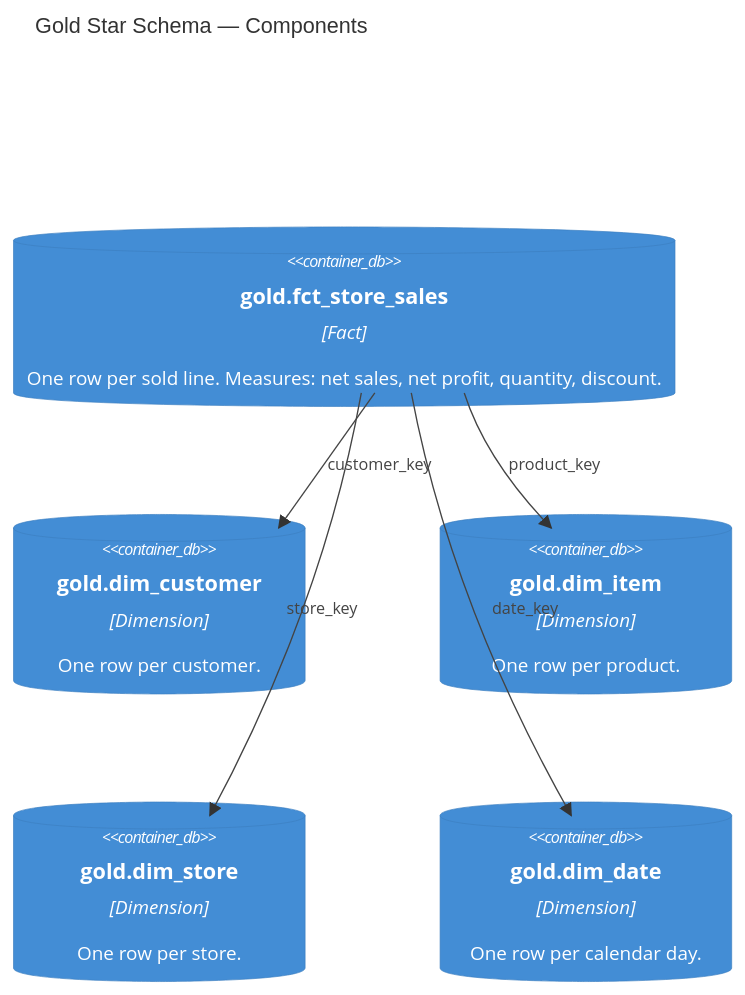
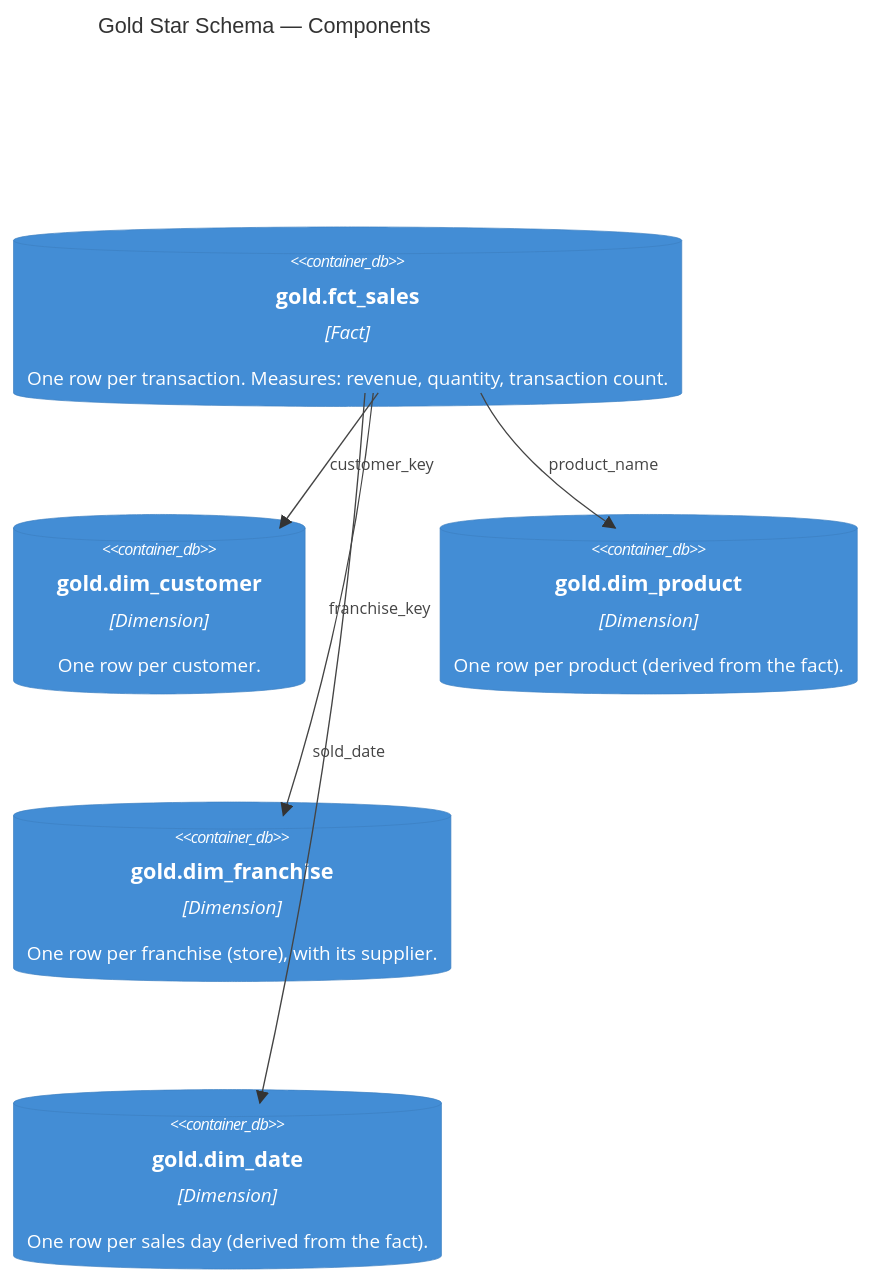
The diagram in docs/architecture/c4/03_component.md (marcinkostkiewiczlingaro/dbx_meetup_demo), drawn with Mermaid before and after one commit. The commit also changed other lines of this file and 43 other files, not shown here.

````diff
--- a/docs/architecture/c4/03_component.md
+++ b/docs/architecture/c4/03_component.md
@@ -6,15 +6,15 @@
 ```mermaid
 C4Component
   title Gold Star Schema — Components
 
-  ContainerDb(fct, "gold.fct_store_sales", "Fact", "One row per sold line. Measures: net sales, net profit, quantity, discount.")
+  ContainerDb(fct, "gold.fct_sales", "Fact", "One row per transaction. Measures: revenue, quantity, transaction count.")
   ContainerDb(dimc, "gold.dim_customer", "Dimension", "One row per customer.")
-  ContainerDb(dimi, "gold.dim_item", "Dimension", "One row per product.")
-  ContainerDb(dims, "gold.dim_store", "Dimension", "One row per store.")
-  ContainerDb(dimd, "gold.dim_date", "Dimension", "One row per calendar day.")
+  ContainerDb(dimp, "gold.dim_product", "Dimension", "One row per product (derived from the fact).")
+  ContainerDb(dimf, "gold.dim_franchise", "Dimension", "One row per franchise (store), with its supplier.")
+  ContainerDb(dimd, "gold.dim_date", "Dimension", "One row per sales day (derived from the fact).")
 
   Rel(fct, dimc, "customer_key")
-  Rel(fct, dimi, "product_key")
-  Rel(fct, dims, "store_key")
-  Rel(fct, dimd, "date_key")
+  Rel(fct, dimp, "product_name")
+  Rel(fct, dimf, "franchise_key")
+  Rel(fct, dimd, "sold_date")
 ```
````
